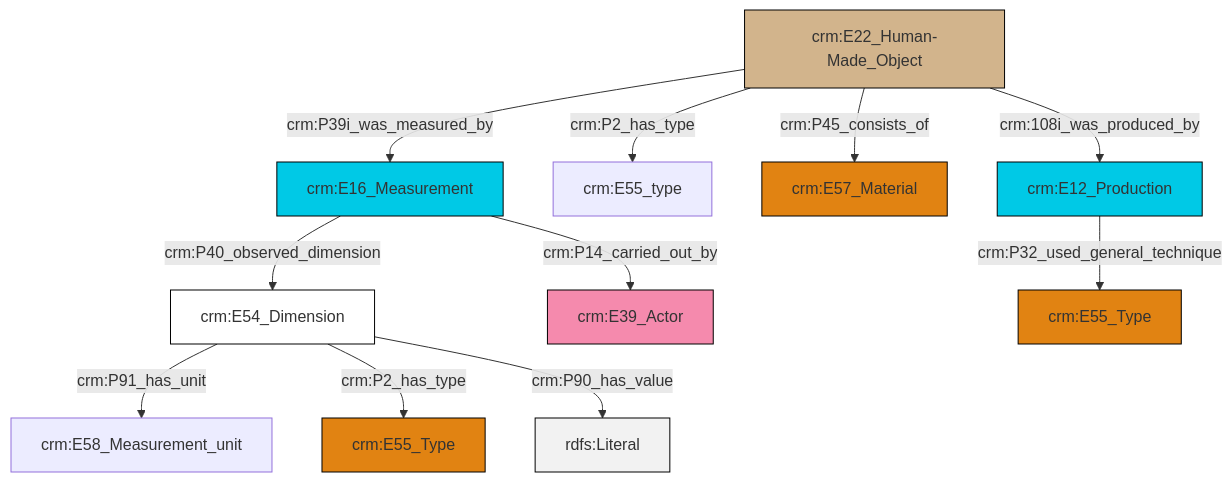
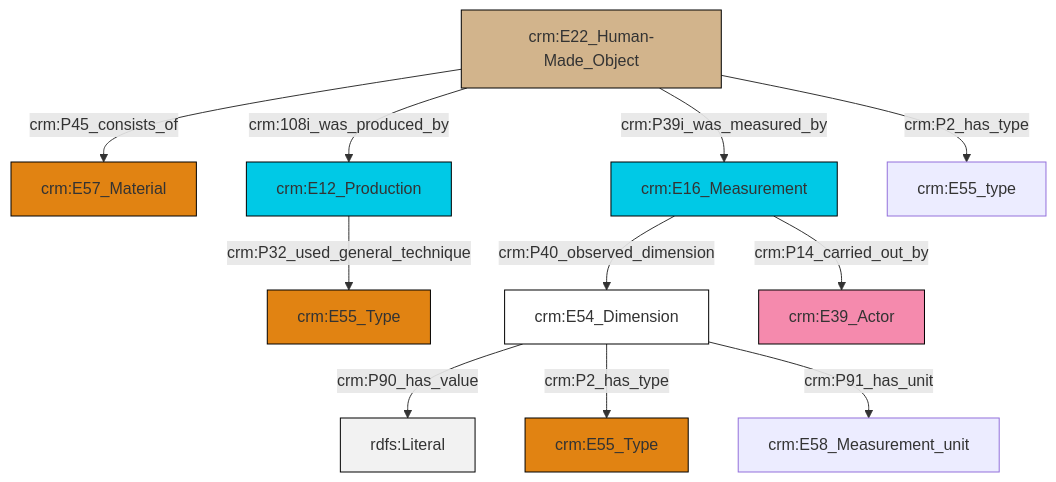
Before and after one commit to swiss-art-research-net/docs.swissartresearch: the diagram in et/builtWorkCSV/ttl/mmd/Built_Work_substance.ttl.mmd, drawn with Mermaid. The commit also changed 179 other files, not shown here.

```diff
--- a/et/builtWorkCSV/ttl/mmd/Built_Work_substance.ttl.mmd
+++ b/et/builtWorkCSV/ttl/mmd/Built_Work_substance.ttl.mmd
@@ -1,25 +1,25 @@
 graph TD
 classDef Literal fill:#f2f2f2,stroke:#000000;
 classDef CRM_Entity fill:#FFFFFF,stroke:#000000;
 classDef Temporal_Entity fill:#00C9E6, stroke:#000000;
 classDef Type fill:#E18312, stroke:#000000;
 classDef Time-Span fill:#2C9C91, stroke:#000000;
 classDef Appellation fill:#FFEB7F, stroke:#000000;
 classDef Place fill:#008836, stroke:#000000;
 classDef Persistent_Item fill:#B266B2, stroke:#000000;
 classDef Conceptual_Object fill:#FFD700, stroke:#000000;
 classDef Physical_Thing fill:#D2B48C, stroke:#000000;
 classDef Actor fill:#f58aad, stroke:#000000;
 classDef PC_Classes fill:#4ce600, stroke:#000000;
 classDef Multi fill:#cccccc,stroke:#000000;
 
-0["crm:E22_Human-Made_Object"]:::Physical_Thing -->|crm:P39i_was_measured_by| 1["crm:E16_Measurement"]:::Temporal_Entity
-0["crm:E22_Human-Made_Object"]:::Physical_Thing -->|crm:P2_has_type| 2["crm:E55_type"]:::Default
-3["crm:E54_Dimension"]:::CRM_Entity -->|crm:P91_has_unit| 4["crm:E58_Measurement_unit"]:::Default
-3["crm:E54_Dimension"]:::CRM_Entity -->|crm:P2_has_type| 5["crm:E55_Type"]:::Type
-1["crm:E16_Measurement"]:::Temporal_Entity -->|crm:P40_observed_dimension| 3["crm:E54_Dimension"]:::CRM_Entity
-7["crm:E12_Production"]:::Temporal_Entity -->|crm:P32_used_general_technique| 8["crm:E55_Type"]:::Type
-0["crm:E22_Human-Made_Object"]:::Physical_Thing -->|crm:P45_consists_of| 9["crm:E57_Material"]:::Type
-3["crm:E54_Dimension"]:::CRM_Entity -->|crm:P90_has_value| 20[rdfs:Literal]:::Literal
-0["crm:E22_Human-Made_Object"]:::Physical_Thing -->|crm:108i_was_produced_by| 7["crm:E12_Production"]:::Temporal_Entity
-1["crm:E16_Measurement"]:::Temporal_Entity -->|crm:P14_carried_out_by| 12["crm:E39_Actor"]:::Actor
+0["crm:E22_Human-Made_Object"]:::Physical_Thing -->|crm:P45_consists_of| 1["crm:E57_Material"]:::Type
+0["crm:E22_Human-Made_Object"]:::Physical_Thing -->|crm:108i_was_produced_by| 2["crm:E12_Production"]:::Temporal_Entity
+0["crm:E22_Human-Made_Object"]:::Physical_Thing -->|crm:P39i_was_measured_by| 6["crm:E16_Measurement"]:::Temporal_Entity
+7["crm:E54_Dimension"]:::CRM_Entity -->|crm:P90_has_value| 15[rdfs:Literal]:::Literal
+7["crm:E54_Dimension"]:::CRM_Entity -->|crm:P2_has_type| 16["crm:E55_Type"]:::Type
+6["crm:E16_Measurement"]:::Temporal_Entity -->|crm:P14_carried_out_by| 13["crm:E39_Actor"]:::Actor
+0["crm:E22_Human-Made_Object"]:::Physical_Thing -->|crm:P2_has_type| 10["crm:E55_type"]:::Default
+7["crm:E54_Dimension"]:::CRM_Entity -->|crm:P91_has_unit| 18["crm:E58_Measurement_unit"]:::Default
+2["crm:E12_Production"]:::Temporal_Entity -->|crm:P32_used_general_technique| 4["crm:E55_Type"]:::Type
+6["crm:E16_Measurement"]:::Temporal_Entity -->|crm:P40_observed_dimension| 7["crm:E54_Dimension"]:::CRM_Entity
```
